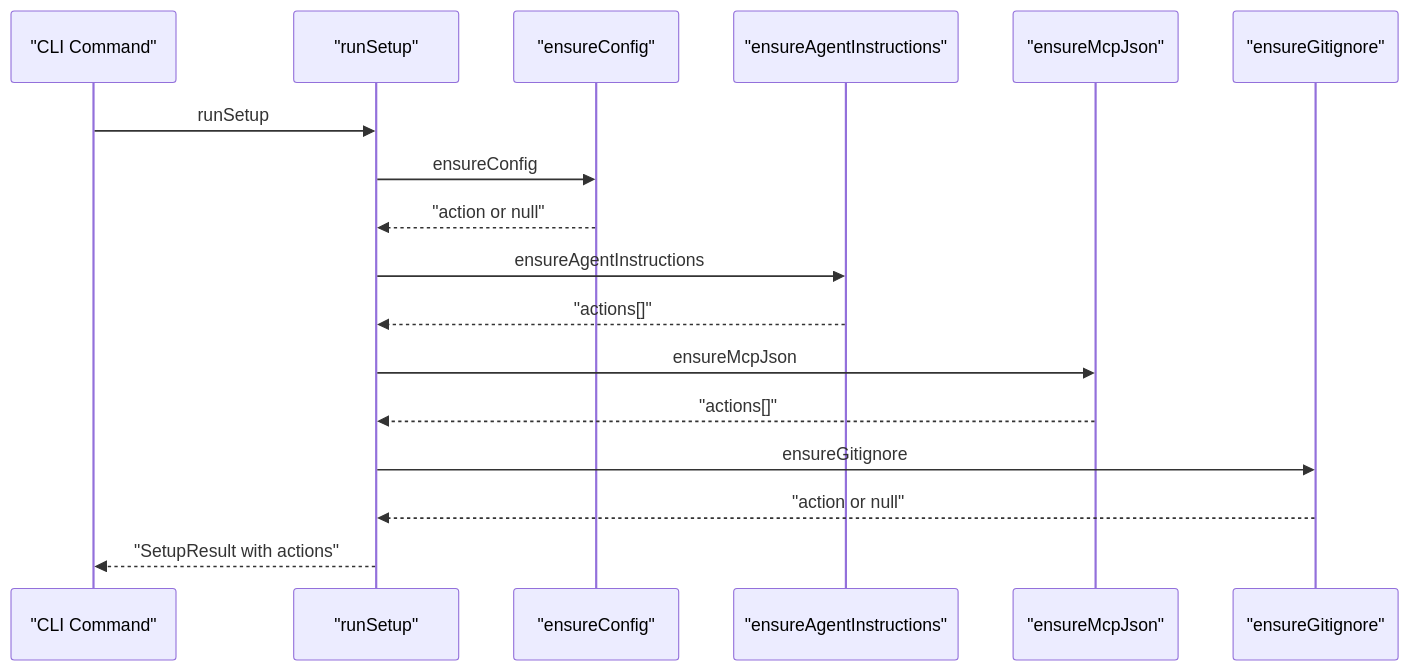
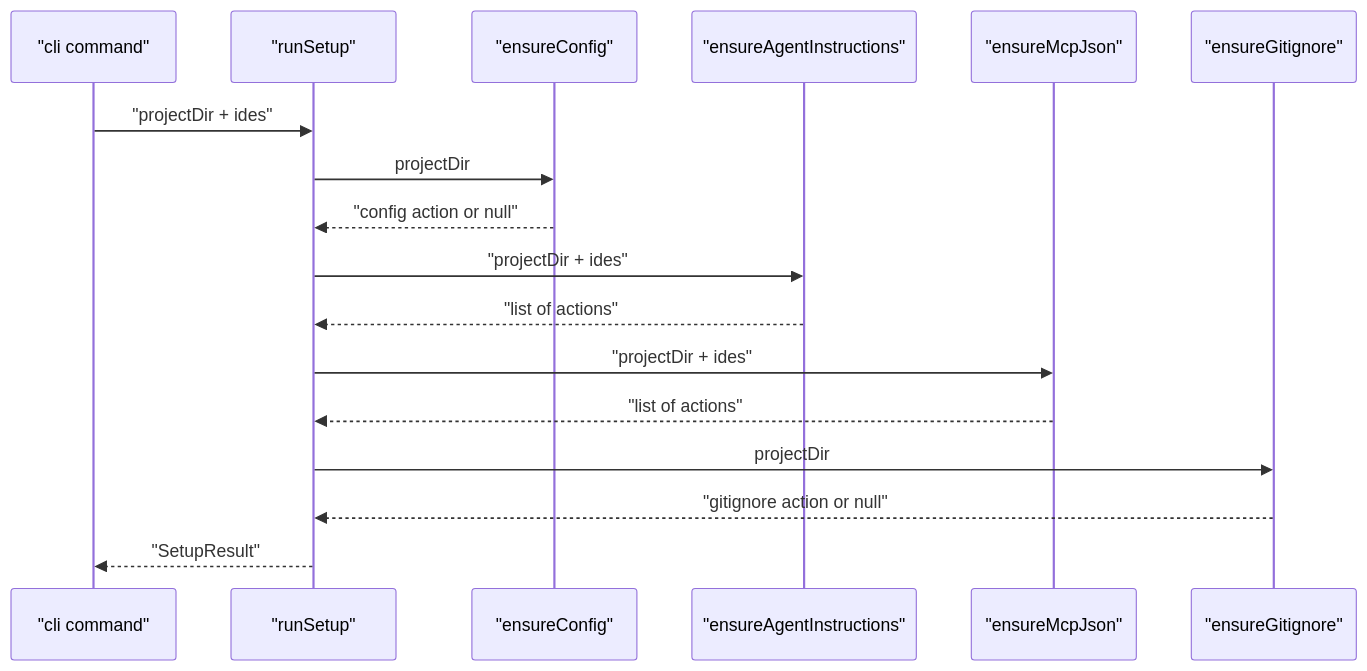
One commit to TheWinci/mimirs changed the second of 2 diagrams in wiki/communities/cli-setup.md. Above: the diagram before and after it, drawn with Mermaid. The commit also changed other lines of this file and 36 other files, not shown here.

````diff
--- a/wiki/communities/cli-setup.md
+++ b/wiki/communities/cli-setup.md
@@ -59,20 +62,20 @@
 ```mermaid
 sequenceDiagram
-  participant cmd as "CLI Command"
+  participant cli as "cli command"
   participant setup as "runSetup"
-  participant config as "ensureConfig"
-  participant instructions as "ensureAgentInstructions"
+  participant cfgFn as "ensureConfig"
+  participant agent as "ensureAgentInstructions"
   participant mcp as "ensureMcpJson"
-  participant gitignore as "ensureGitignore"
+  participant gi as "ensureGitignore"
 
-  cmd->>setup: runSetup
-  setup->>config: ensureConfig
-  config-->>setup: "action or null"
-  setup->>instructions: ensureAgentInstructions
-  instructions-->>setup: "actions[]"
-  setup->>mcp: ensureMcpJson
-  mcp-->>setup: "actions[]"
-  setup->>gitignore: ensureGitignore
-  gitignore-->>setup: "action or null"
-  setup-->>cmd: "SetupResult with actions"
+  cli->>setup: "projectDir + ides"
+  setup->>cfgFn: projectDir
+  cfgFn-->>setup: "config action or null"
+  setup->>agent: "projectDir + ides"
+  agent-->>setup: "list of actions"
+  setup->>mcp: "projectDir + ides"
+  mcp-->>setup: "list of actions"
+  setup->>gi: projectDir
+  gi-->>setup: "gitignore action or null"
+  setup-->>cli: "SetupResult"
 ```
````
